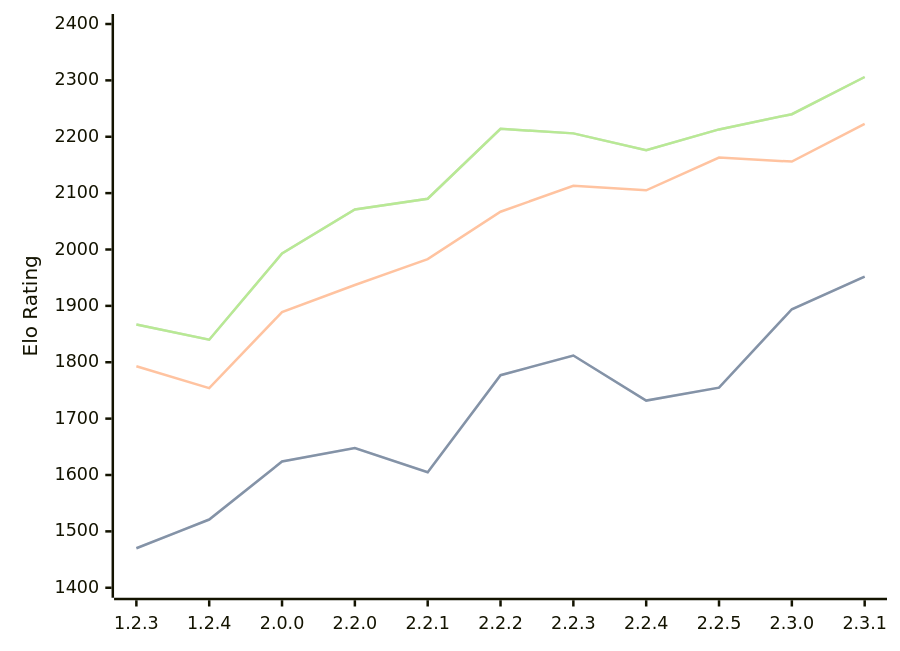
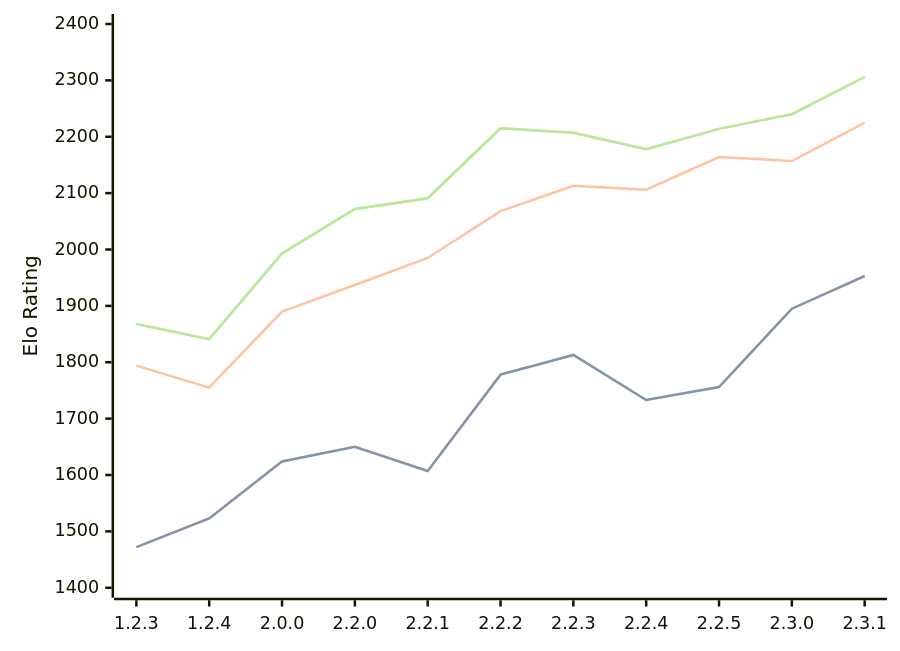
One commit to computer-chess-index/cci changed the diagram in engines/Kreveta.md. Above: the diagram before and after it, drawn with Mermaid. The commit also changed other lines of this file, not shown here.

Commit message:
Update CCI Ratings (ELO VLTC) - 2026-08-26

````diff
--- a/engines/Kreveta.md
+++ b/engines/Kreveta.md
@@ -43,11 +43,11 @@
 ```mermaid
 %%{init: {"theme":"base","themeVariables":{"seriesColors:['#a3a3a3','#222221','#faa371']}}}%%
 xychart-beta
   x-axis ["1.2.3", "1.2.4", "2.0.0", "2.2.0", "2.2.1", "2.2.2", "2.2.3", "2.2.4", "2.2.5", "2.3.0", "2.3.1"]
   y-axis "Elo Rating" 1400 --> 2400
-  line "STC (8.0+0.08s)" [1470, 1521, 1624, 1648, 1605, 1777, 1812, 1732, 1755, 1894, 1952]
-  line "STC (8.0+0.08s)" [1470, 1521, 1624, 1648, 1605, 1777, 1812, 1732, 1755, 1894, 1952]
-  line "LTC (60.0+0.60s)" [1793, 1754, 1889, 1937, 1983, 2067, 2113, 2105, 2163, 2156, 2223]
-  line "VLTC (2m24s+1.12s)" [1867, 1840, 1993, 2071, 2090, 2214, 2206, 2176, 2213, 2240, 2306]
-  line "VLTC (2m24s+1.12s)" [1867, 1840, 1993, 2071, 2090, 2214, 2206, 2176, 2213, 2240, 2306]
+  line "STC (8.0+0.08s)" [1472, 1523, 1624, 1650, 1607, 1778, 1813, 1733, 1756, 1895, 1953]
+  line "STC (8.0+0.08s)" [1472, 1523, 1624, 1650, 1607, 1778, 1813, 1733, 1756, 1895, 1953]
+  line "LTC (60.0+0.60s)" [1794, 1755, 1890, 1937, 1985, 2068, 2113, 2106, 2164, 2157, 2225]
+  line "VLTC (2m24s+1.12s)" [1868, 1841, 1993, 2072, 2091, 2215, 2207, 2178, 2214, 2240, 2306]
+  line "VLTC (2m24s+1.12s)" [1868, 1841, 1993, 2072, 2091, 2215, 2207, 2178, 2214, 2240, 2306]
 ```
````
